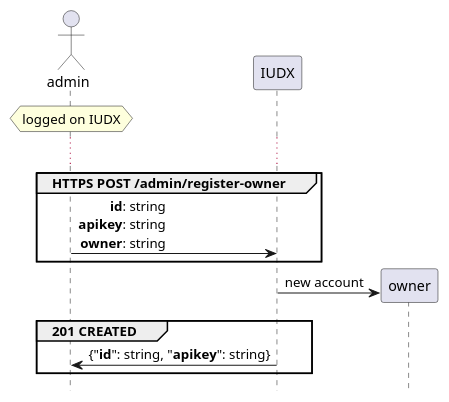
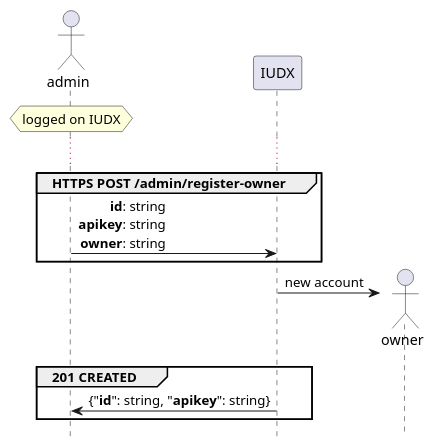
One commit to rbccps-iisc/corinthian changed the diagram in DOCS/api/register-owner.plantuml. Above: the diagram before and after it, drawn with PlantUML. The commit also changed 1 other file, not shown here.

Commit message:
[skip travis] update register-owner

```diff
--- a/DOCS/api/register-owner.plantuml
+++ b/DOCS/api/register-owner.plantuml
@@ -1,18 +1,18 @@
 actor admin
 hide footbox
 
 hnote over admin : logged on IUDX 
 ...
 
 group HTTPS POST /admin/register-owner
 admin -> IUDX: **id**: string\r**apikey**: string\r**owner**: string
 end
 
-create owner
+create actor owner
 IUDX -> owner : new account
 
 group 201 CREATED
 IUDX -> admin: {"**id**": string, "**apikey**": string}
 end
 
 @enduml
```
